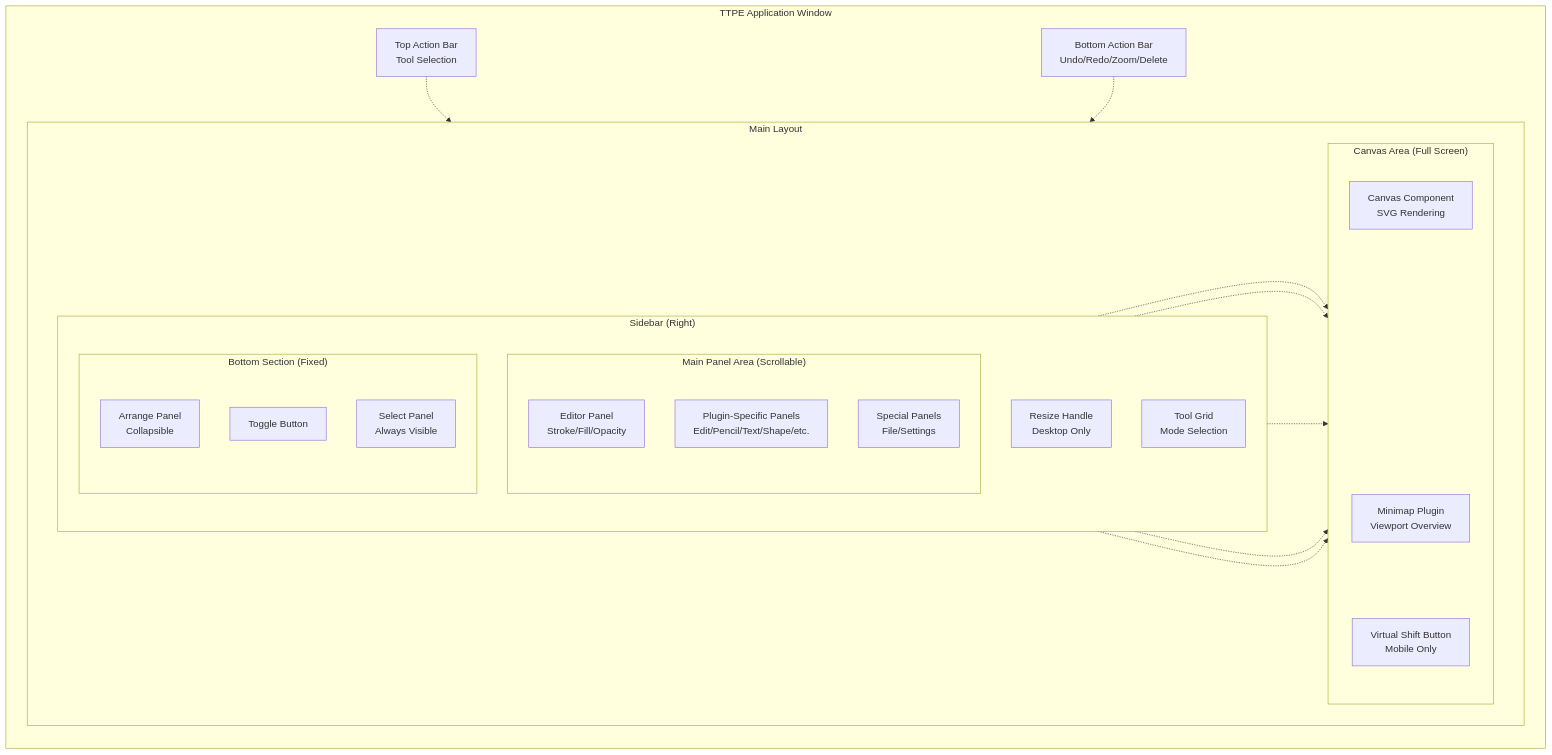
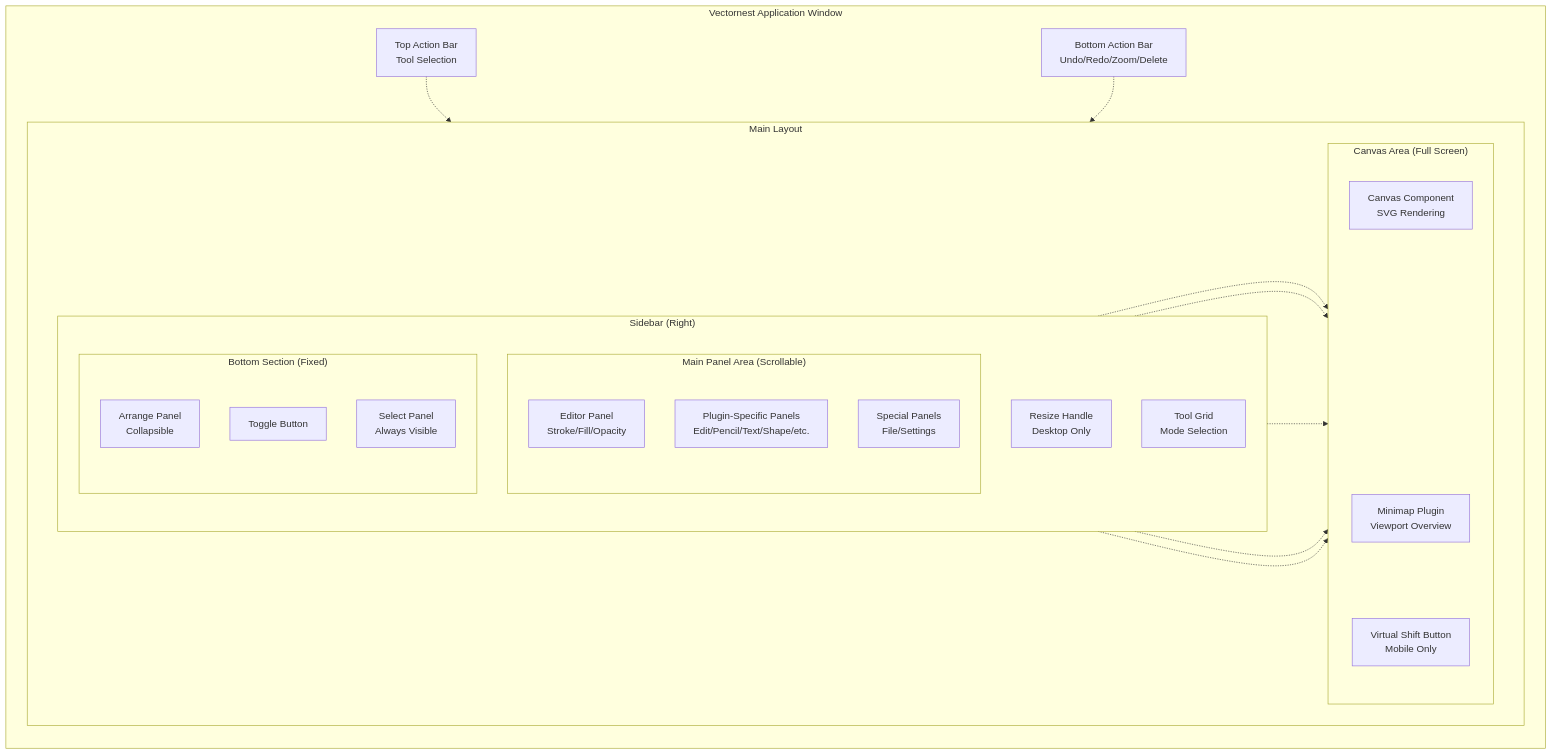
The first of 2 diagrams in doc/docs/app-structure/overview.md (ekrsulov/ttpe), drawn with Mermaid before and after one commit. The commit also changed other lines of this file and 34 other files, not shown here.

First line of the commit message:
refactor: rename TTPE to Vectornest throughout the documentation and codebase

````diff
--- a/doc/docs/app-structure/overview.md
+++ b/doc/docs/app-structure/overview.md
@@ -15,59 +15,59 @@
 ```mermaid
 graph TB
-    subgraph App["TTPE Application Window"]
+    subgraph App["Vectornest Application Window"]
         direction TB
         
         TopBar[Top Action Bar<br/>Tool Selection]
         
         subgraph Layout["Main Layout"]
             direction LR
             
             subgraph Canvas["Canvas Area (Full Screen)"]
                 direction TB
                 CanvasMain[Canvas Component<br/>SVG Rendering]
                 CanvasSpace1[ ]
                 CanvasSpace2[ ]
                 Minimap[Minimap Plugin<br/>Viewport Overview]
                 VirtualShift[Virtual Shift Button<br/>Mobile Only]
                 
                 style CanvasSpace1 fill:none,stroke:none
                 style CanvasSpace2 fill:none,stroke:none
             end
             
             subgraph Sidebar["Sidebar (Right)"]
                 direction TB
                 ResizeHandle[Resize Handle<br/>Desktop Only]
                 ToolGrid[Tool Grid<br/>Mode Selection]
                 
                 subgraph MainPanels["Main Panel Area (Scrollable)"]
                     direction TB
                     EditorPanel[Editor Panel<br/>Stroke/Fill/Opacity]
                     PluginPanels[Plugin-Specific Panels<br/>Edit/Pencil/Text/Shape/etc.]
                     SpecialPanels[Special Panels<br/>File/Settings]
                 end
                 
                 subgraph BottomSection["Bottom Section (Fixed)"]
                     direction TB
                     ArrangePanel[Arrange Panel<br/>Collapsible]
                     ToggleBtn[Toggle Button]
                     SelectPanel[Select Panel<br/>Always Visible]
                 end
             end
         end
         
         BottomBar[Bottom Action Bar<br/>Undo/Redo/Zoom/Delete]
     end
     
     TopBar -.-> CanvasMain
     ToolGrid -.-> CanvasMain
     EditorPanel -.-> CanvasMain
     PluginPanels -.-> CanvasMain
     ArrangePanel -.-> CanvasMain
     SelectPanel -.-> CanvasMain
     BottomBar -.-> CanvasMain
     
     CanvasMain ~~~ CanvasSpace1
     CanvasSpace1 ~~~ CanvasSpace2
     CanvasSpace2 ~~~ Minimap
     Minimap ~~~ VirtualShift
 ```
````
